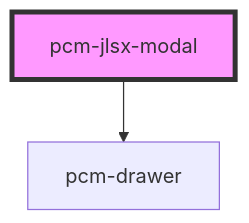
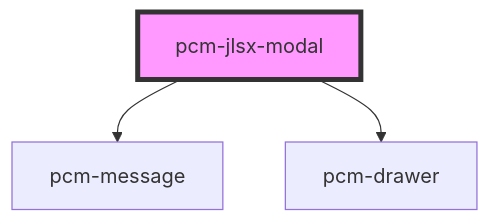
Before and after one commit to Pincaimao/pcm-agents-sdk: the diagram in packages/pcm-agents/docs/components/pcm-jlsx-modal/readme.md, drawn with Mermaid. The commit also changed other lines of this file and 6 other files, not shown here.

````diff
--- a/packages/pcm-agents/docs/components/pcm-jlsx-modal/readme.md
+++ b/packages/pcm-agents/docs/components/pcm-jlsx-modal/readme.md
@@ -43,5 +44,6 @@
 ```mermaid
 graph TD;
+  pcm-jlsx-modal --> pcm-message
   pcm-jlsx-modal --> pcm-drawer
   style pcm-jlsx-modal fill:#f9f,stroke:#333,stroke-width:4px
 ```
````
